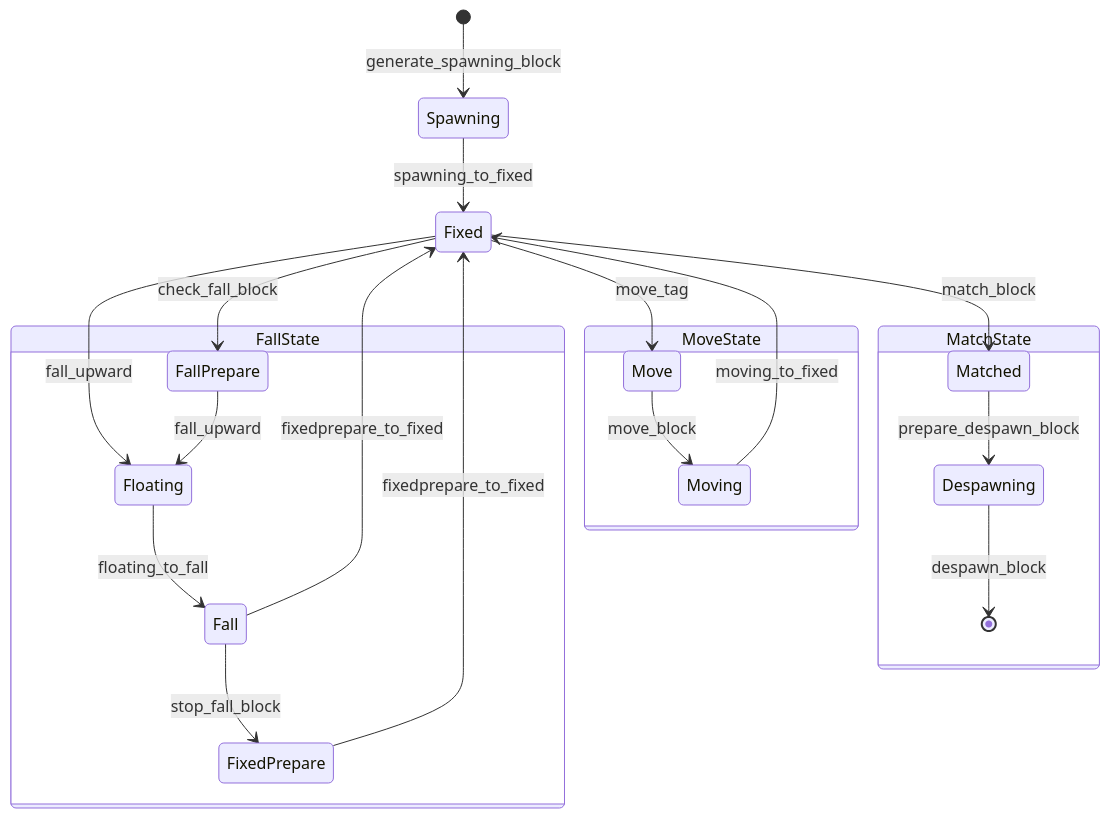
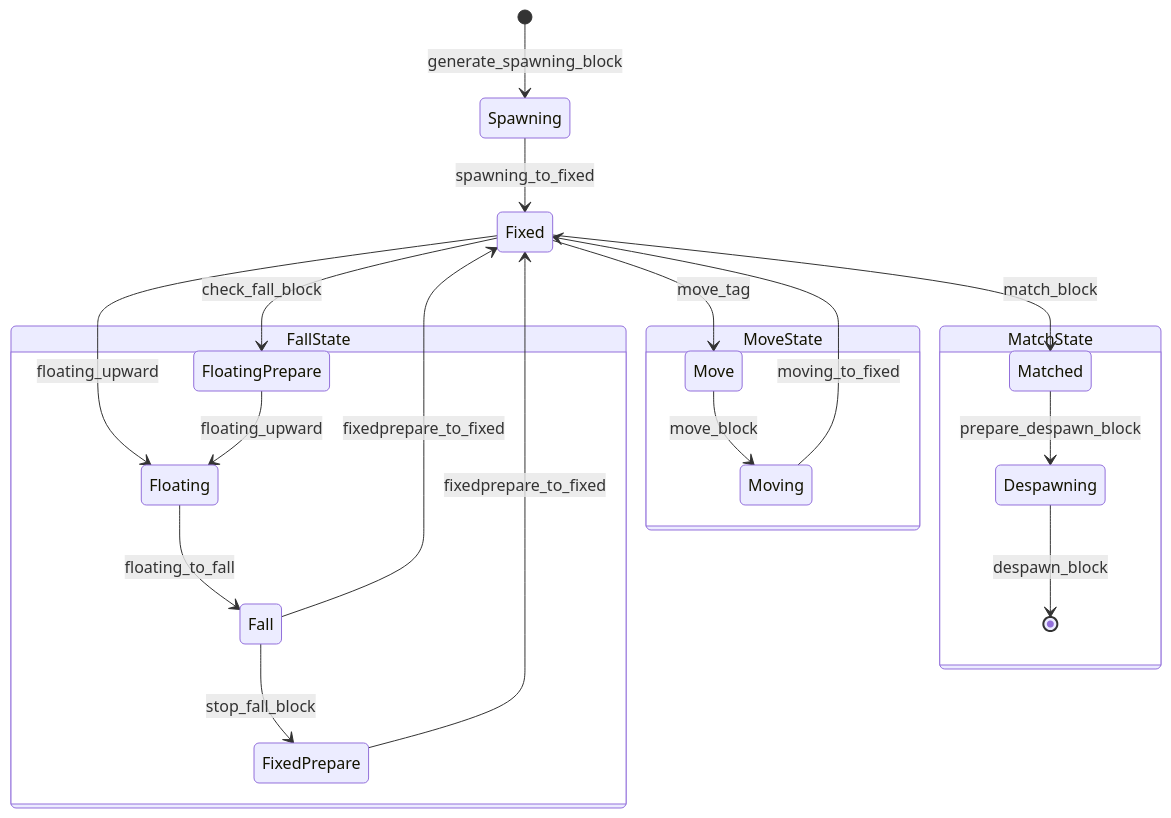
One commit to mishan88/panepow changed the diagram in README.md. Above: the diagram before and after it, drawn with Mermaid. The commit also changed other lines of this file, not shown here.

Commit message:
fix: block status

````diff
--- a/README.md
+++ b/README.md
@@ -12,24 +12,24 @@
 ```mermaid
 stateDiagram-v2
     [*] --> Spawning: generate_spawning_block
     Spawning --> Fixed: spawning_to_fixed
-    Fixed --> FallPrepare: check_fall_block
-    Fixed --> Floating: fall_upward
+    Fixed --> FloatingPrepare: check_fall_block
+    Fixed --> Floating: floating_upward
     State FallState {
-        FallPrepare --> Floating: fall_upward
+        FloatingPrepare --> Floating: floating_upward
         Floating --> Fall: floating_to_fall
         Fall --> FixedPrepare: stop_fall_block
     }
     Fall --> Fixed: fixedprepare_to_fixed
     FixedPrepare --> Fixed: fixedprepare_to_fixed
     Fixed --> Move: move_tag
     State MoveState {
         Move --> Moving: move_block
     }
     Moving --> Fixed: moving_to_fixed
     Fixed --> Matched: match_block
     State MatchState {
         Matched --> Despawning: prepare_despawn_block
         Despawning --> [*]: despawn_block
     }
 ```
````
